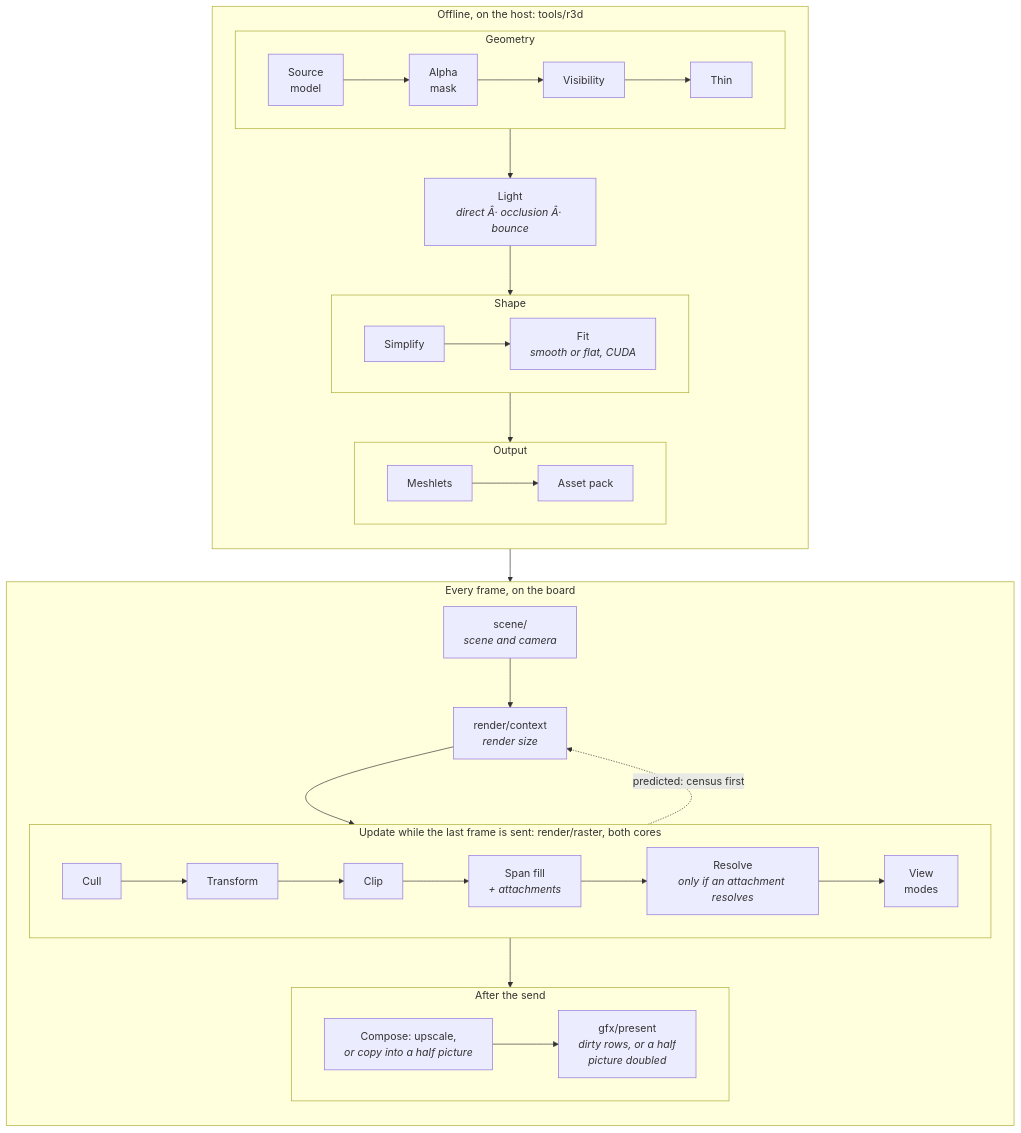
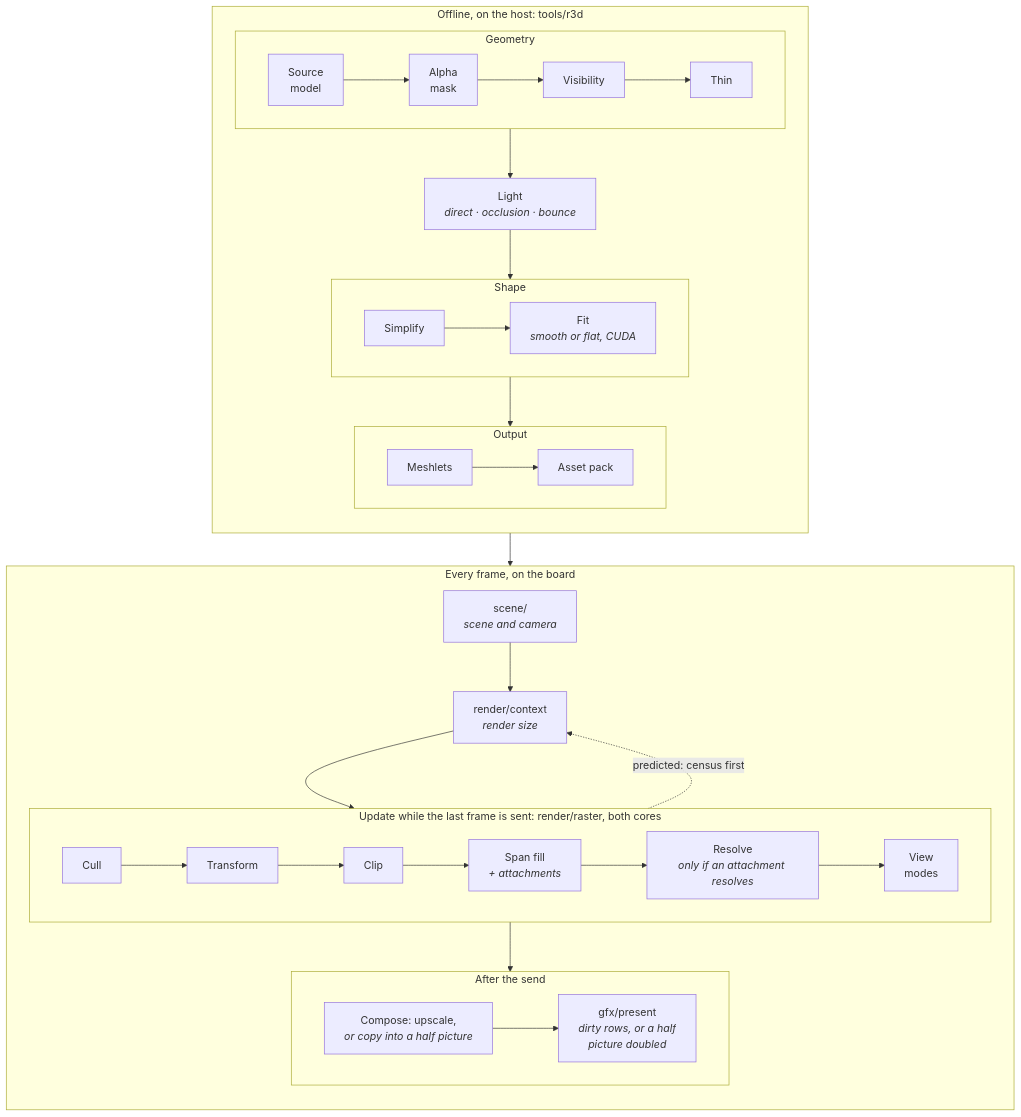
Before and after one commit to jose-villegas/autana: the diagram in docs/render/Render-Pipeline.md, drawn with Mermaid. The commit also changed other lines of this file and 5 other files, not shown here.

````diff
--- a/docs/render/Render-Pipeline.md
+++ b/docs/render/Render-Pipeline.md
@@ -20,36 +20,36 @@
 ```mermaid
 flowchart TB
     subgraph Host["Offline, on the host: tools/r3d"]
         direction TB
         subgraph Geometry["Geometry"]
             direction LR
             Src["Source<br/>model"] --> Mask["Alpha<br/>mask"] --> Vis["Visibility"] --> Thin["Thin"]
         end
-        Light["Light<br/><i>direct Â· occlusion Â· bounce</i>"]
+        Light["Light<br/><i>direct · occlusion · bounce</i>"]
         subgraph Shape["Shape"]
             direction LR
             Simp["Simplify"] --> Fit["Fit<br/><i>smooth or flat, CUDA</i>"]
         end
         subgraph Output["Output"]
             direction LR
             Mesh["Meshlets"] --> Pack["Asset pack"]
         end
         Geometry --> Light --> Shape --> Output
     end
     subgraph Board["Every frame, on the board"]
         direction TB
         Scene["scene/<br/><i>scene and camera</i>"] --> Size["render/context<br/><i>render size</i>"]
         subgraph Update["Update while the last frame is sent: render/raster, both cores"]
             direction LR
             Cull["Cull"] --> Xf["Transform"] --> Clip["Clip"] --> Fill["Span fill<br/><i>+ attachments</i>"] --> Res["Resolve<br/><i>only if an attachment resolves</i>"] --> View["View<br/>modes"]
         end
         subgraph After["After the send"]
             direction LR
             Up["Compose: upscale,<br/><i>or copy into a half picture</i>"] --> Present["gfx/present<br/><i>dirty rows, or a half<br/>picture doubled</i>"]
         end
         Size --> Update
         Update -. "predicted: census first" .-> Size
         Update --> After
     end
     Output --> Board
 ```
````
